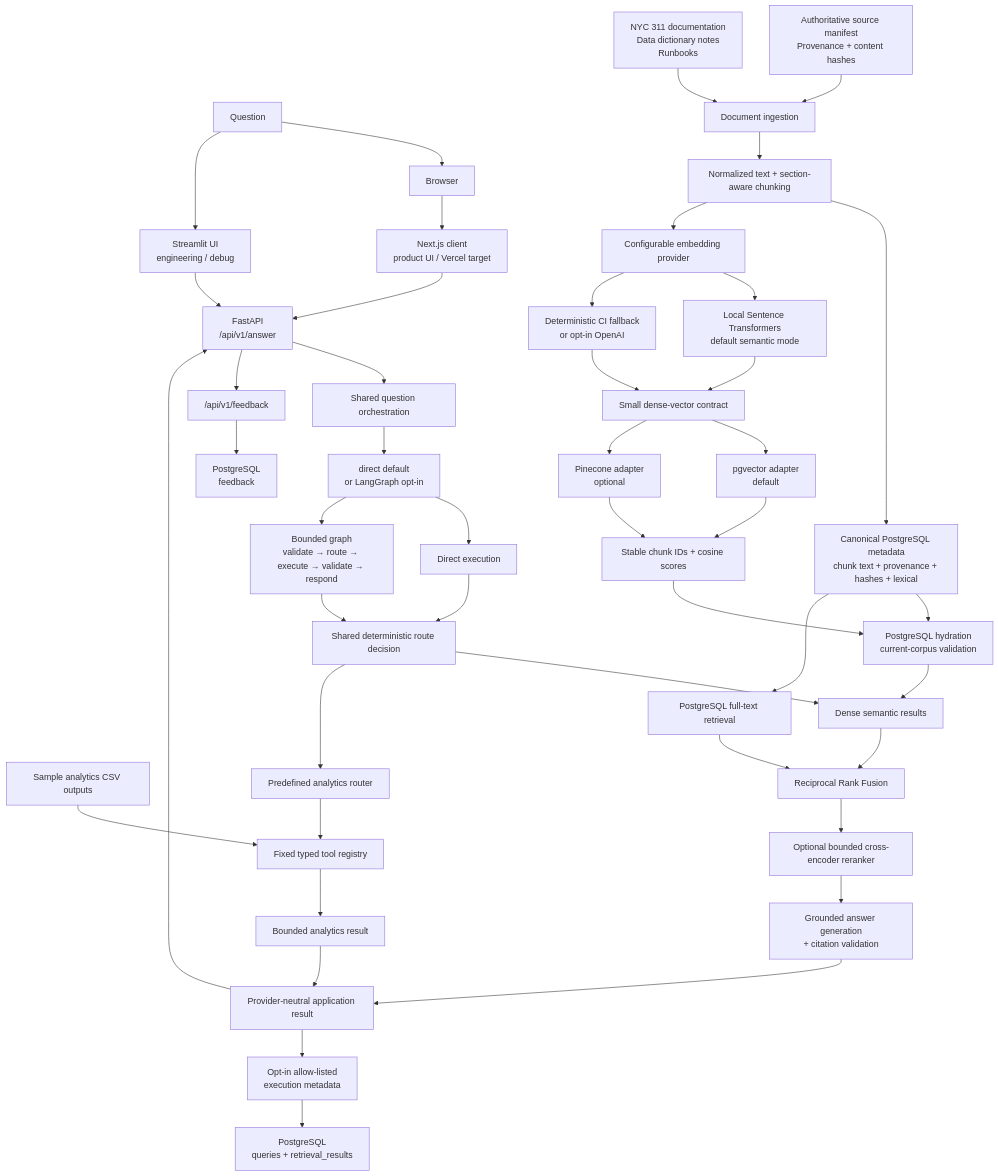
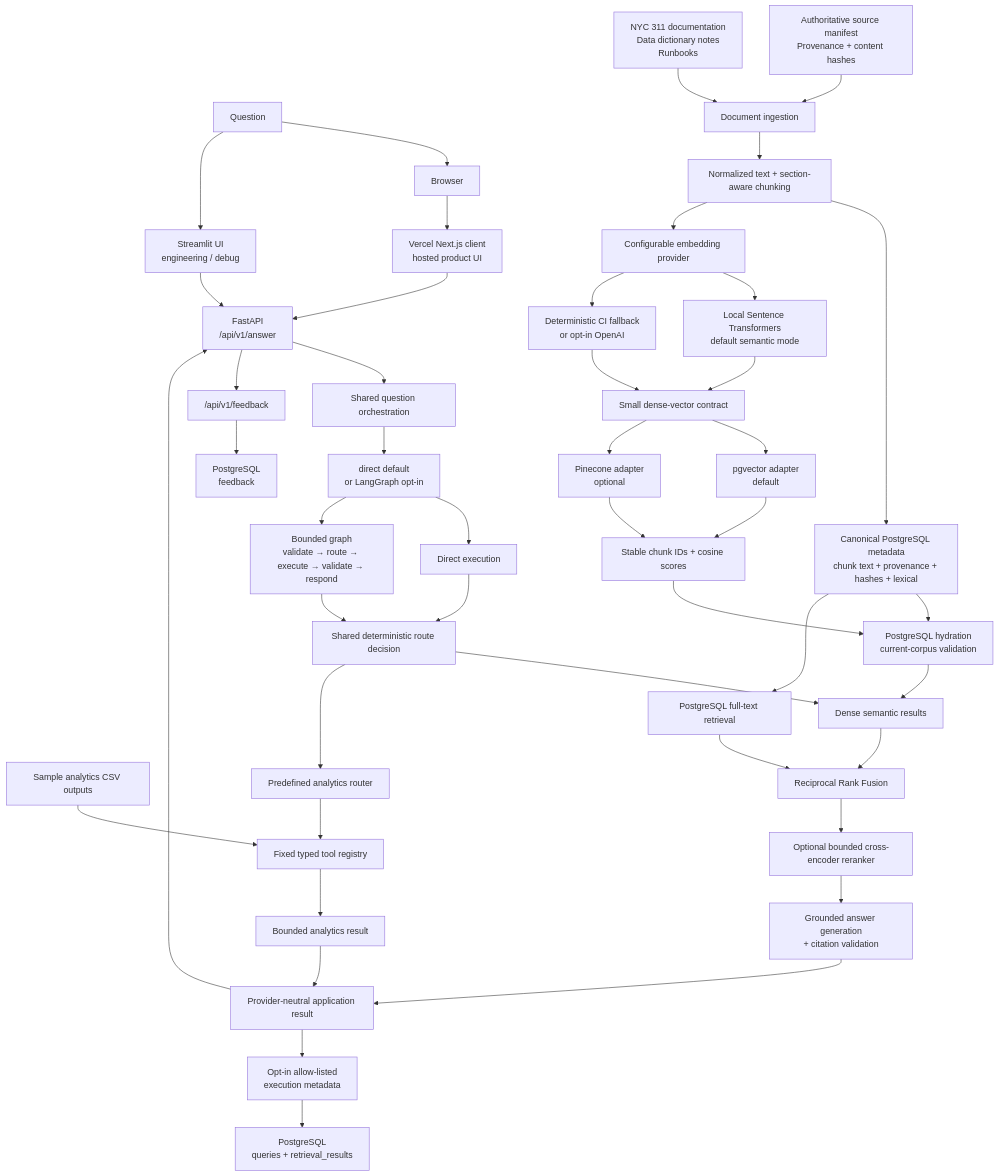
The diagram in docs/architecture.md (rihua-tech/civiclens-rag-nyc311), drawn with Mermaid before and after one commit. The commit also changed other lines of this file and 1 other file, not shown here.

Commit message:
docs: finalize Issue 19 hosted architecture

````diff
--- a/docs/architecture.md
+++ b/docs/architecture.md
@@ -3,53 +3,53 @@
 ```mermaid
 flowchart TD
     question["Question"]
     docs["NYC 311 documentation<br/>Data dictionary notes<br/>Runbooks"]
     manifest["Authoritative source manifest<br/>Provenance + content hashes"]
     samples["Sample analytics CSV outputs"]
 
     manifest --> ingestion
     docs --> ingestion["Document ingestion"]
     ingestion --> chunking["Normalized text + section-aware chunking"]
     chunking --> postgres["Canonical PostgreSQL metadata<br/>chunk text + provenance + hashes + lexical"]
     chunking --> provider["Configurable embedding provider"]
     provider --> semantic["Local Sentence Transformers<br/>default semantic mode"]
     provider --> fallback["Deterministic CI fallback<br/>or opt-in OpenAI"]
     semantic --> vectorContract["Small dense-vector contract"]
     fallback --> vectorContract
     vectorContract --> pgvector["pgvector adapter<br/>default"]
     vectorContract --> pinecone["Pinecone adapter<br/>optional"]
     pgvector --> vectorMatches["Stable chunk IDs + cosine scores"]
     pinecone --> vectorMatches
     vectorMatches --> hydration["PostgreSQL hydration<br/>current-corpus validation"]
     postgres --> hydration
     hydration --> dense["Dense semantic results"]
     postgres --> lexical["PostgreSQL full-text retrieval"]
     dense --> rrf["Reciprocal Rank Fusion"]
     lexical --> rrf
     rrf --> reranker["Optional bounded cross-encoder reranker"]
     reranker --> answer["Grounded answer generation<br/>+ citation validation"]
 
     question --> browser["Browser"]
-    browser --> nextjs["Next.js client<br/>product UI / Vercel target"]
+    browser --> nextjs["Vercel Next.js client<br/>hosted product UI"]
     nextjs --> api
     question --> ui["Streamlit UI<br/>engineering / debug"]
     ui --> api["FastAPI<br/>/api/v1/answer"]
     api --> orchestrator["Shared question orchestration"]
     orchestrator --> mode["direct default<br/>or LangGraph opt-in"]
     mode --> direct["Direct execution"]
     mode --> boundedGraph["Bounded graph<br/>validate → route → execute → validate → respond"]
     direct --> routeDecision["Shared deterministic route decision"]
     boundedGraph --> routeDecision
     routeDecision --> dense
     routeDecision --> analyticsRouter["Predefined analytics router"]
     analyticsRouter --> analyticsRegistry["Fixed typed tool registry"]
     samples --> analyticsRegistry
     analyticsRegistry --> analyticsAnswer["Bounded analytics result"]
     answer --> result["Provider-neutral application result"]
     analyticsAnswer --> result
     result --> api
     result --> observation["Opt-in allow-listed<br/>execution metadata"]
     observation --> postgresLogs["PostgreSQL<br/>queries + retrieval_results"]
     api --> feedback["/api/v1/feedback"]
     feedback --> postgresFeedback["PostgreSQL<br/>feedback"]
 ```
````
